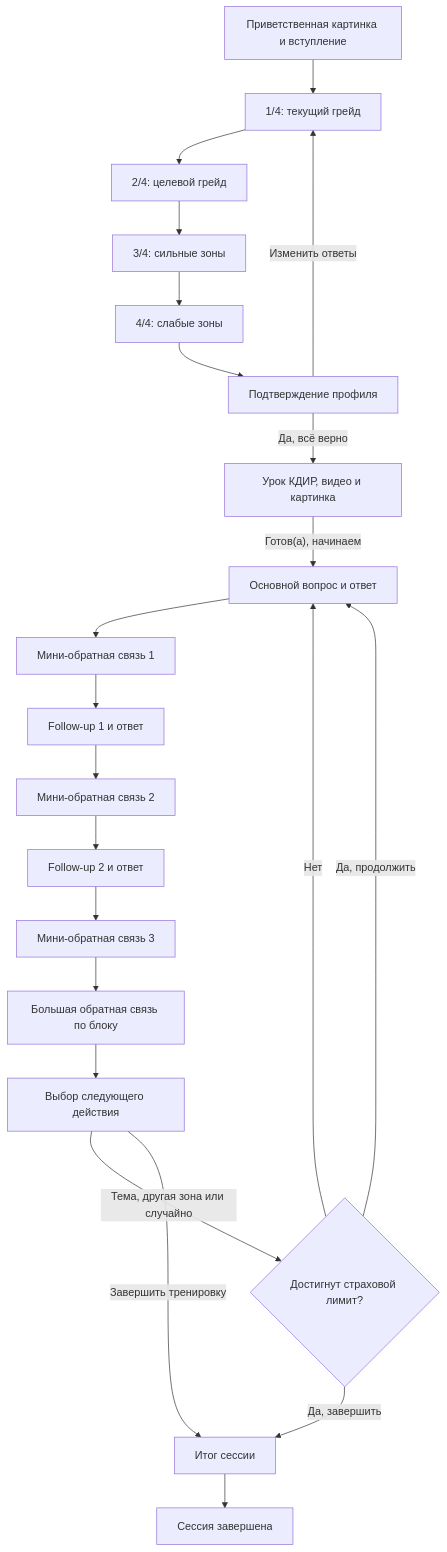
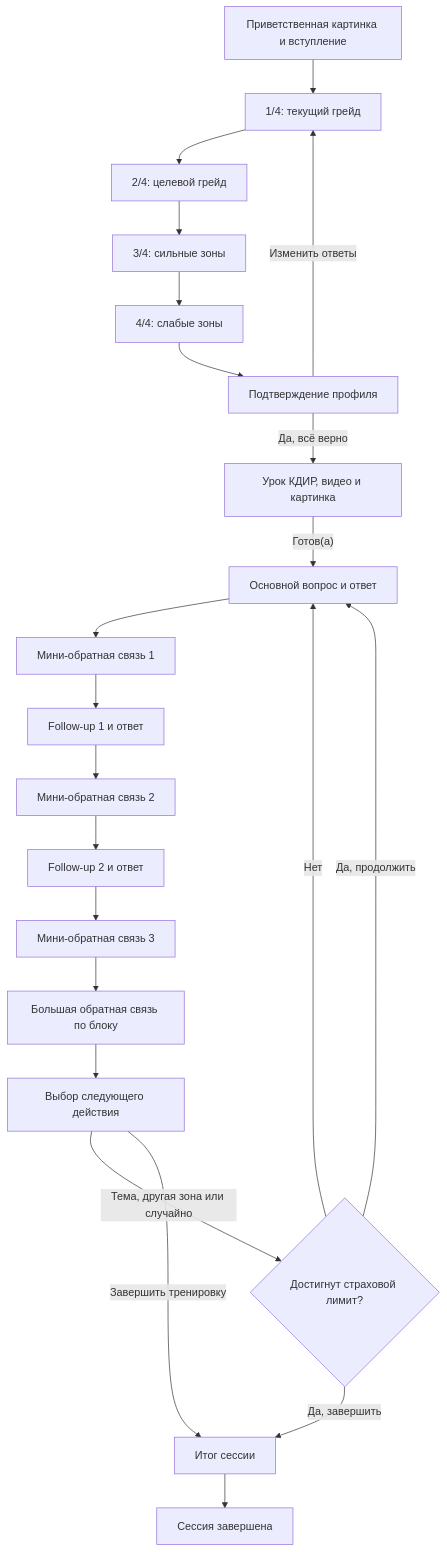
The diagram in workflow-new.md (CodeHunt7/sa-hr-bot), drawn with Mermaid before and after one commit. The commit also changed other lines of this file and 4 other files, not shown here.

Commit message:
fix: polish qualification confirmation flow

````diff
--- a/workflow-new.md
+++ b/workflow-new.md
@@ -265,24 +265,24 @@
 ```mermaid
 flowchart TD
     I["Приветственная картинка и вступление"] --> Q1["1/4: текущий грейд"]
     Q1 --> Q2["2/4: целевой грейд"]
     Q2 --> Q3["3/4: сильные зоны"]
     Q3 --> Q4["4/4: слабые зоны"]
     Q4 --> C["Подтверждение профиля"]
     C -->|"Изменить ответы"| Q1
     C -->|"Да, всё верно"| K["Урок КДИР, видео и картинка"]
-    K -->|"Готов(а), начинаем"| P1["Основной вопрос и ответ"]
+    K -->|"Готов(а)"| P1["Основной вопрос и ответ"]
     P1 --> F1["Мини-обратная связь 1"]
     F1 --> P2["Follow-up 1 и ответ"]
     P2 --> F2["Мини-обратная связь 2"]
     F2 --> P3["Follow-up 2 и ответ"]
     P3 --> F3["Мини-обратная связь 3"]
     F3 --> BF["Большая обратная связь по блоку"]
     BF --> V["Выбор следующего действия"]
     V -->|"Тема, другая зона или случайно"| L{"Достигнут страховой лимит?"}
     L -->|"Нет"| P1
     L -->|"Да, продолжить"| P1
     L -->|"Да, завершить"| S
     V -->|"Завершить тренировку"| S["Итог сессии"]
     S --> E["Сессия завершена"]
 ```
````
